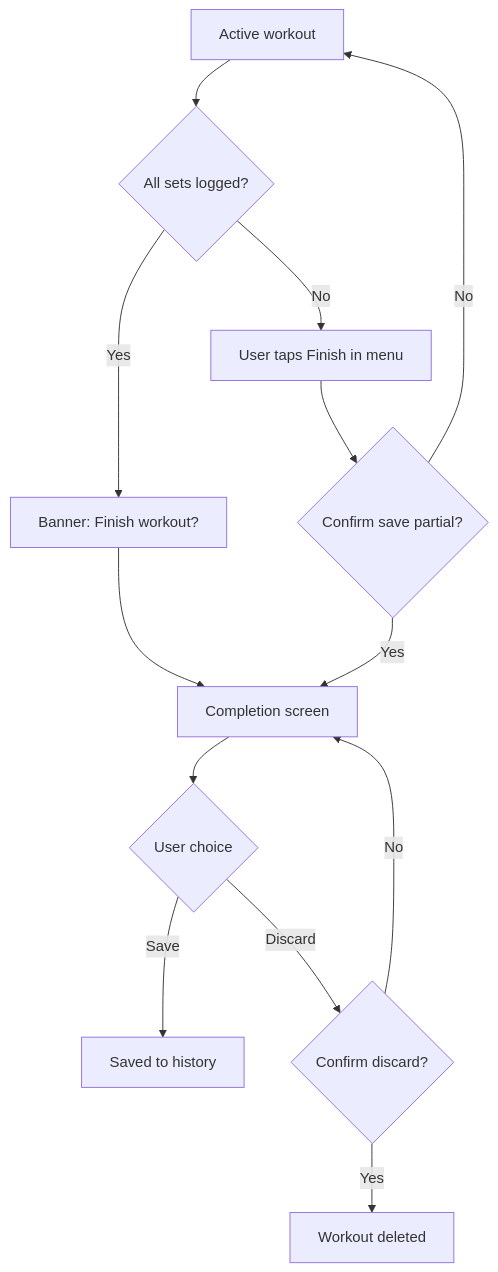
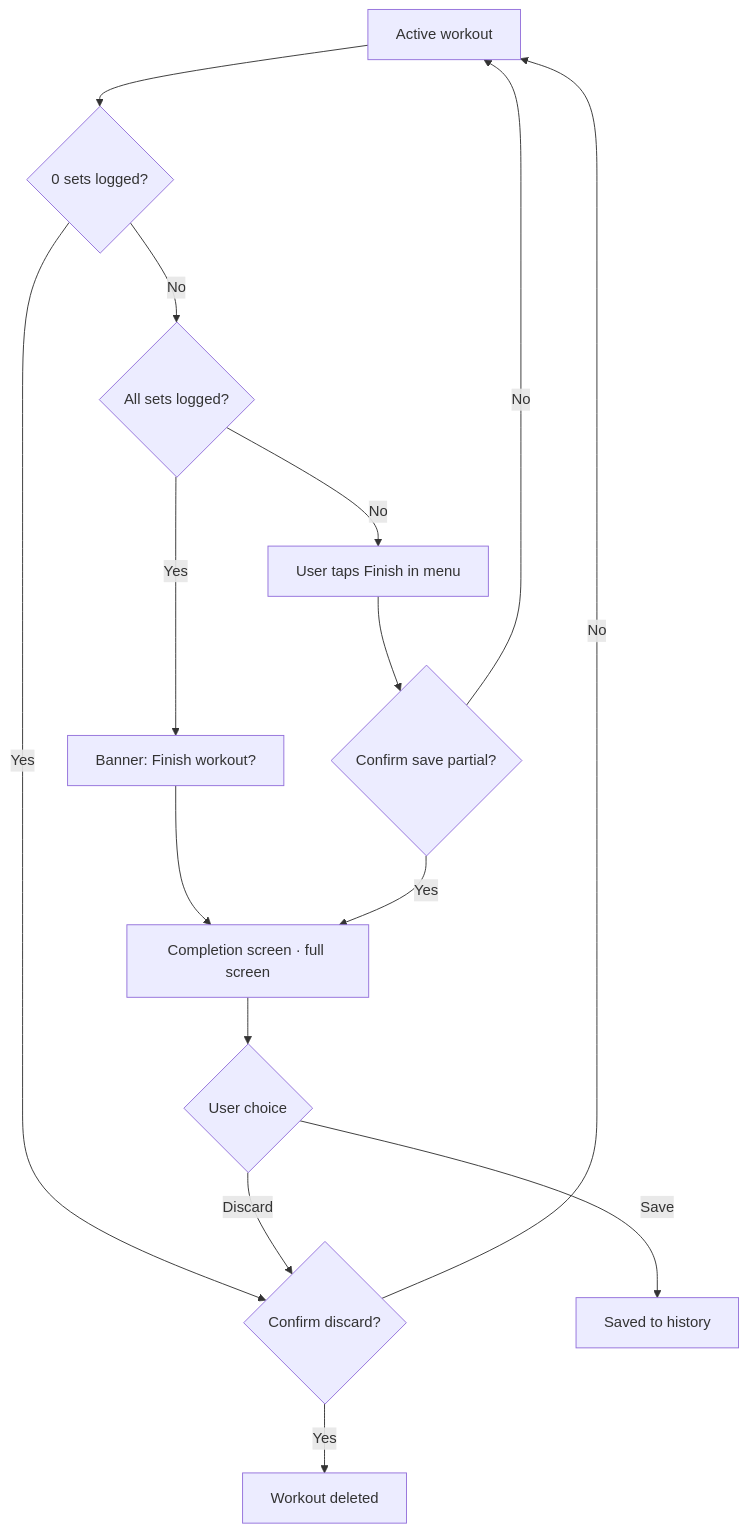
One commit to MaxKibets/kachka changed the fifth of 5 diagrams in docs/gym-tracker-spec.md. Above: the diagram before and after it, drawn with Mermaid. The commit also changed other lines of this file and 7 other files, not shown here.

First line of the commit message:
docs: resolve v1 behavior-gap UX decisions and finish flow

````diff
--- a/docs/gym-tracker-spec.md
+++ b/docs/gym-tracker-spec.md
@@ -683,17 +685,19 @@
 ```mermaid
 flowchart TD
     Active[Active workout]
-    Active --> Done{All sets logged?}
+    Active --> Empty{0 sets logged?}
+    Empty -->|Yes| DiscardConfirm
+    Empty -->|No| Done{All sets logged?}
     Done -->|Yes| Banner[Banner: Finish workout?]
     Done -->|No| Manual[User taps Finish in menu]
     Banner --> Summary
     Manual --> Partial{Confirm save partial?}
     Partial -->|Yes| Summary
     Partial -->|No| Active
-    Summary[Completion screen]
+    Summary[Completion screen · full screen]
     Summary --> Choice{User choice}
     Choice -->|Save| History[Saved to history]
-    Choice -->|Discard| Confirm{Confirm discard?}
-    Confirm -->|Yes| Removed[Workout deleted]
-    Confirm -->|No| Summary
+    Choice -->|Discard| DiscardConfirm{Confirm discard?}
+    DiscardConfirm -->|Yes| Removed[Workout deleted]
+    DiscardConfirm -->|No| Active
 ```
````
